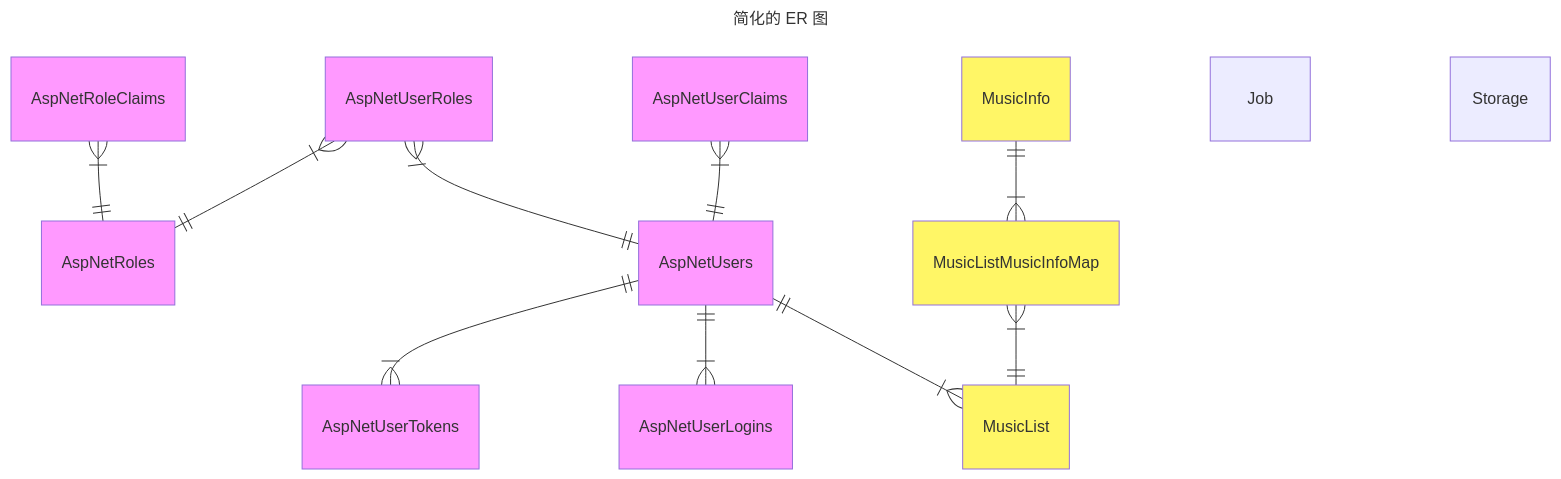
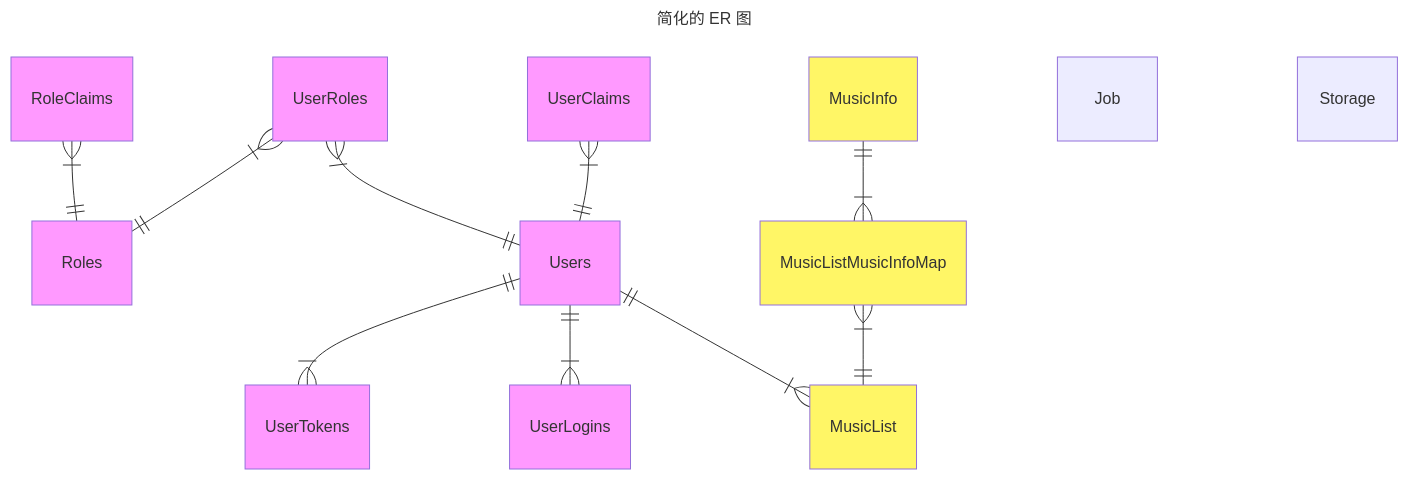
Before and after one commit to tsctsc6/MusicManagementDemo: the second of 2 diagrams in README.md, drawn with Mermaid. The commit also changed other lines of this file, not shown here.

````diff
--- a/README.md
+++ b/README.md
@@ -59,31 +60,31 @@
 ```mermaid
 ---
 title: 简化的 ER 图
 ---
 erDiagram
-    AspNetUserRoles }|--|| AspNetRoles : ""
-    AspNetRoleClaims }|--|| AspNetRoles : ""
-    AspNetUserClaims }|--|| AspNetUsers : ""
-    AspNetUsers ||--|{ AspNetUserTokens : ""
-    AspNetUserRoles }|--|| AspNetUsers : ""
-    AspNetUsers ||--|{ AspNetUserLogins : ""
+    UserRoles }|--|| Roles : ""
+    RoleClaims }|--|| Roles : ""
+    UserClaims }|--|| Users : ""
+    Users ||--|{ UserTokens : ""
+    UserRoles }|--|| Users : ""
+    Users ||--|{ UserLogins : ""
 
-    style AspNetUserRoles fill:#ff99ff
-    style AspNetRoleClaims fill:#ff99ff
-    style AspNetRoles fill:#ff99ff
-    style AspNetUserClaims fill:#ff99ff
-    style AspNetUsers fill:#ff99ff
-    style AspNetUserLogins fill:#ff99ff
-    style AspNetUserTokens fill:#ff99ff
+    style UserRoles fill:#ff99ff
+    style RoleClaims fill:#ff99ff
+    style Roles fill:#ff99ff
+    style UserClaims fill:#ff99ff
+    style Users fill:#ff99ff
+    style UserLogins fill:#ff99ff
+    style UserTokens fill:#ff99ff
 
-    AspNetUsers ||--|{ MusicList : ""
+    Users ||--|{ MusicList : ""
     MusicListMusicInfoMap }|--|| MusicList : ""
     MusicInfo ||--|{ MusicListMusicInfoMap : ""
 
     style MusicListMusicInfoMap fill:#fff666
     style MusicList fill:#fff666
     style MusicInfo fill:#fff666
 
     Job
     Storage
 ```
````
